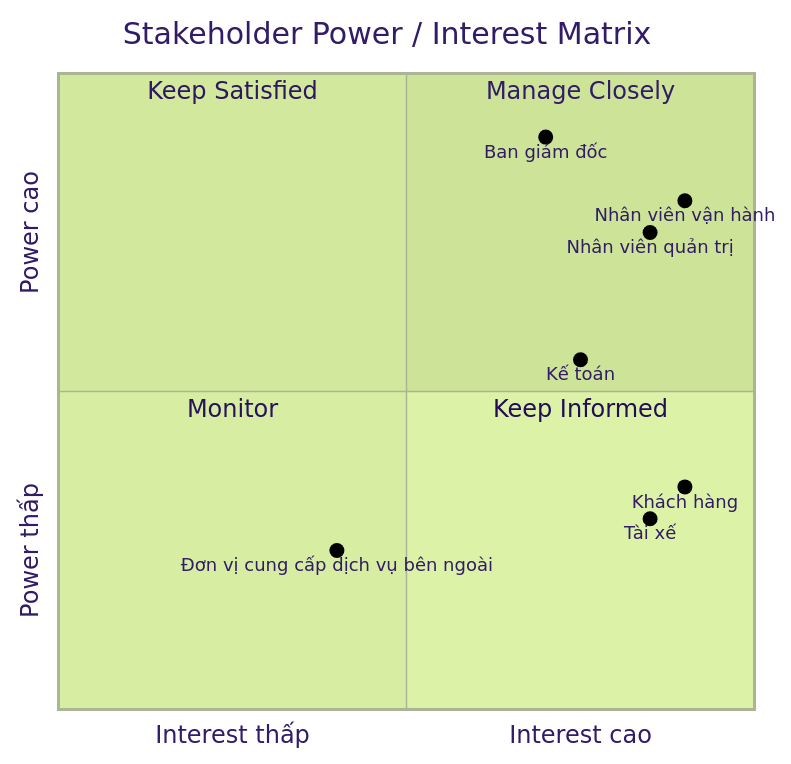
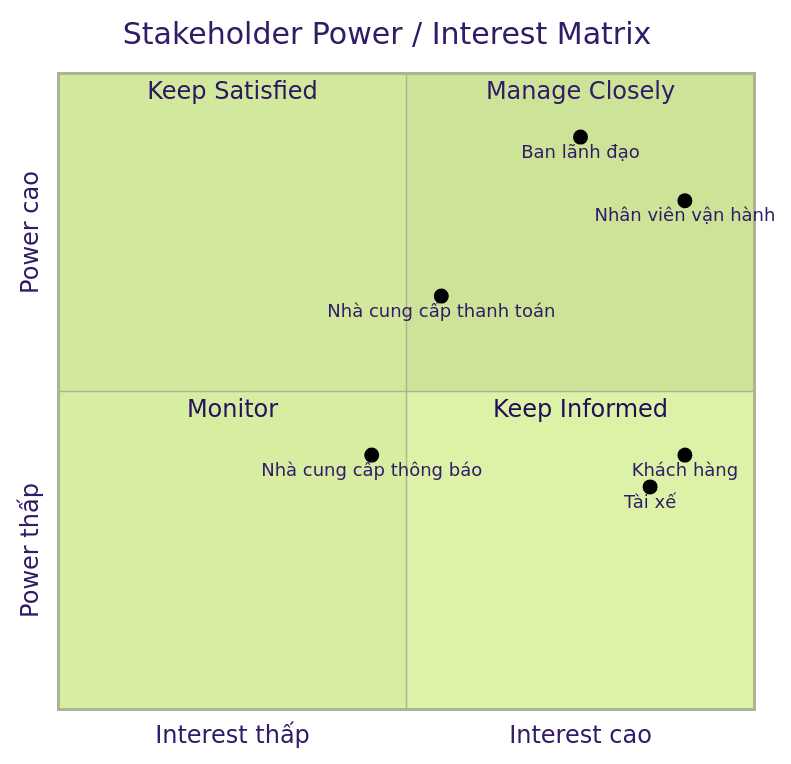
Before and after one commit to lethaouyen08092005/23655581_LeThaoUyen_capsystem: the first of 2 diagrams in README.md, drawn with Mermaid (forest theme). The commit also changed other lines of this file, not shown here.

````diff
--- a/README.md
+++ b/README.md
@@ -36,18 +35,17 @@
 ```mermaid
 quadrantChart
     title Stakeholder Power / Interest Matrix
     x-axis Interest thấp --> Interest cao
     y-axis Power thấp --> Power cao
     quadrant-1 Manage Closely
     quadrant-2 Keep Satisfied
     quadrant-3 Monitor
     quadrant-4 Keep Informed
 
-    "Ban giám đốc": [0.70, 0.90]
+    "Ban lãnh đạo": [0.75, 0.90]
     "Nhân viên vận hành": [0.90, 0.80]
-    "Nhân viên quản trị": [0.85, 0.75]
-    "Kế toán": [0.75, 0.55]
-    "Khách hàng": [0.90, 0.35]
-    "Tài xế": [0.85, 0.30]
-    "Đơn vị cung cấp dịch vụ bên ngoài": [0.40, 0.25]
+    "Nhà cung cấp thanh toán": [0.55, 0.65]
+    "Khách hàng": [0.90, 0.40]
+    "Tài xế": [0.85, 0.35]
+    "Nhà cung cấp thông báo": [0.45, 0.40]
 ```
````
